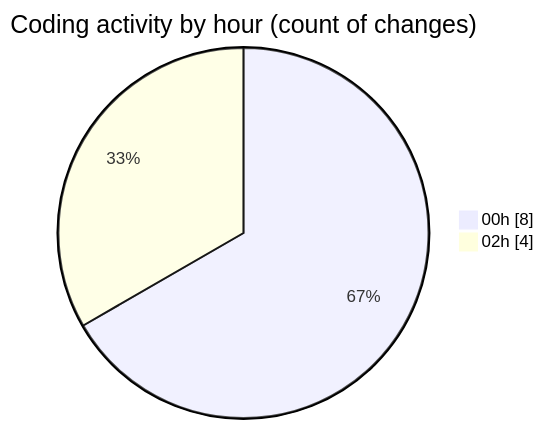
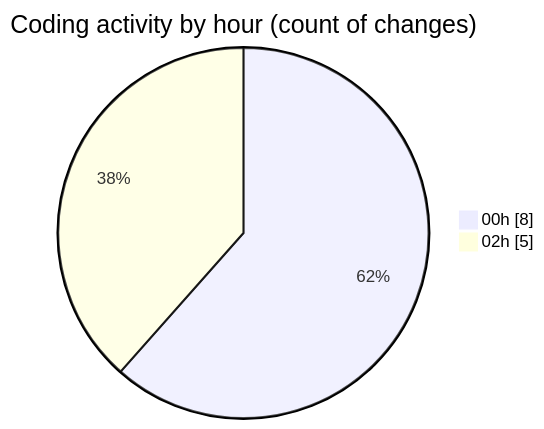
One commit to momahboobian/code-tracking changed the second of 2 diagrams in 2025-02-23/samplepdf/README.md. Above: the diagram before and after it, drawn with Mermaid. The commit also changed other lines of this file and 1 other file, not shown here.

````diff
--- a/2025-02-23/samplepdf/README.md
+++ b/2025-02-23/samplepdf/README.md
@@ -33,6 +33,6 @@
 ```mermaid
 pie showData
 title Coding activity by hour (count of changes)
 "00h" : 8
-"02h" : 4
+"02h" : 5
 ```
````
